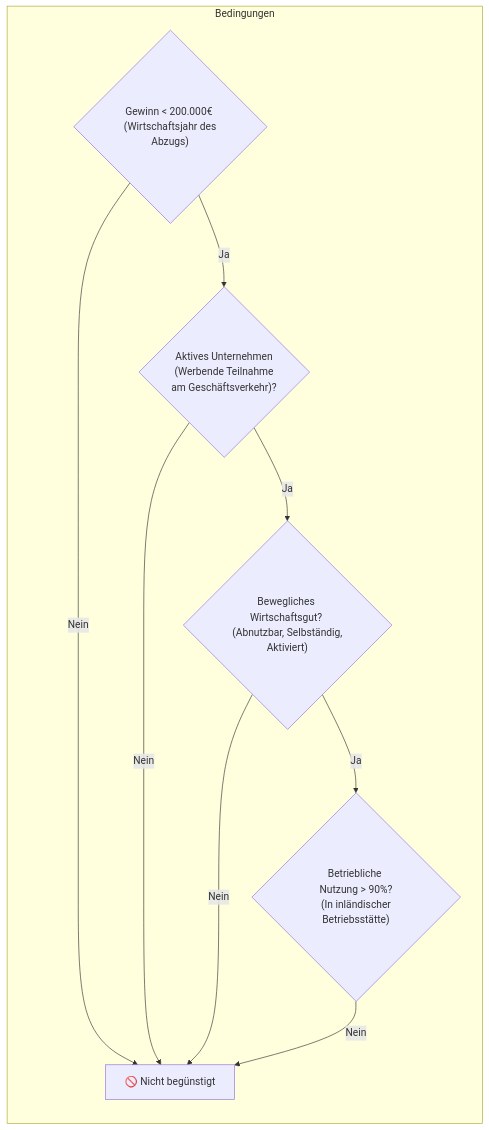
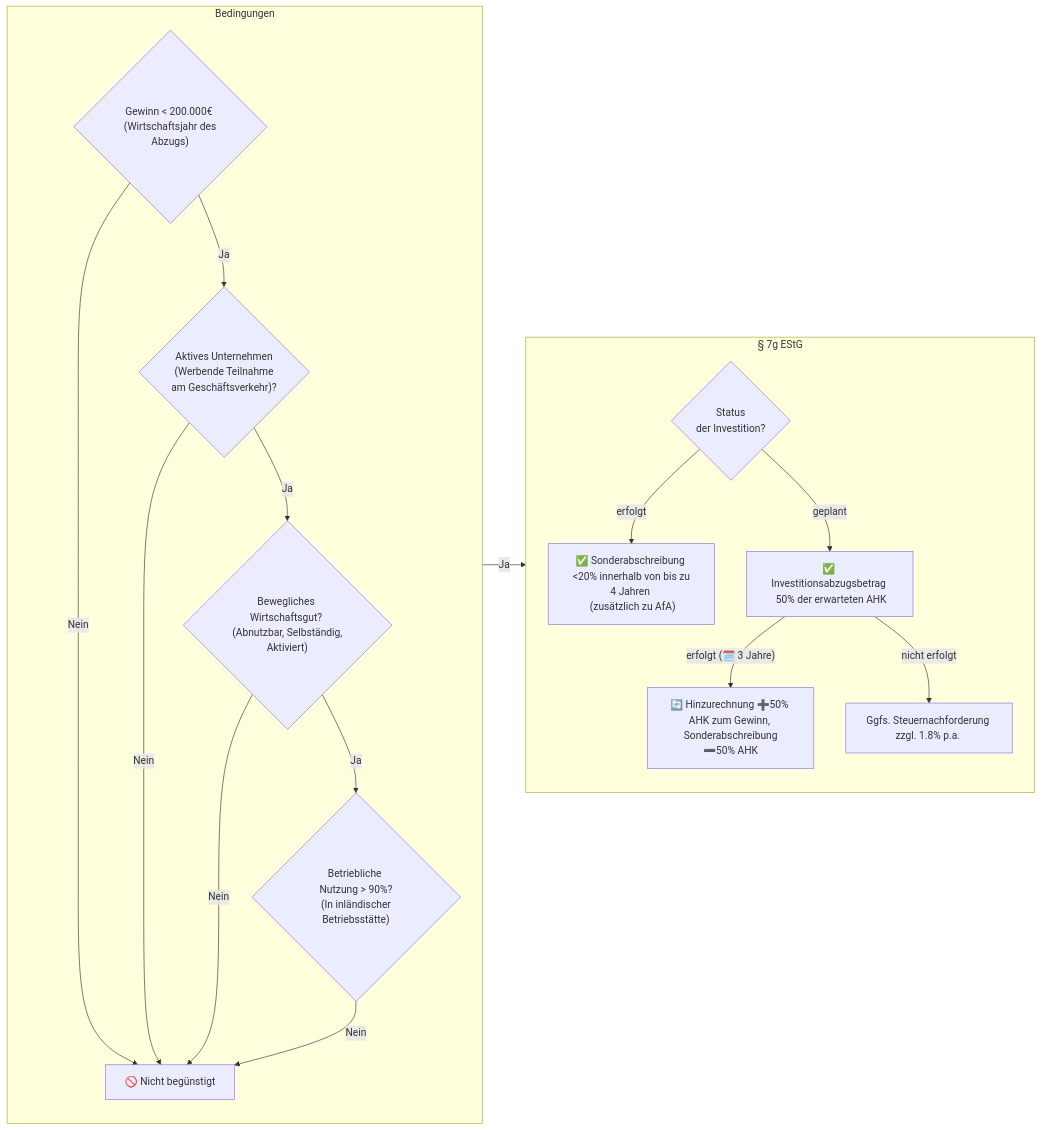
Before and after one commit to maxheld83/steuerFlow: the seventh of 7 diagrams in README.md, drawn with Mermaid.

````diff
--- a/README.md
+++ b/README.md
@@ -60,17 +60,30 @@
 ```mermaid
 graph LR;
   subgraph Bedingungen;
     direction TB;
     istKMU{"Gewinn < 200.000€ \n (Wirtschaftsjahr des Abzugs)"};
     istKMU -- Nein --> keineSA["🚫 Nicht begünstigt"];
     istKMU -- Ja --> istAktiv;
     istAktiv{"Aktives Unternehmen \n (Werbende Teilnahme \n am Geschäftsverkehr)?"};
     istAktiv -- Nein --> keineSA;
     istAktiv -- Ja --> istBeweg;
     istBeweg{"Bewegliches Wirtschaftsgut? \n (Abnutzbar, Selbständig, Aktiviert)"};
     istBeweg -- Nein --> keineSA;
     istBeweg -- Ja --> ist90;
     ist90{"Betriebliche \n Nutzung > 90%? \n (In inländischer Betriebsstätte)"};
     ist90 -- Nein --> keineSA;
   end;
+  subgraph EStG7g ["§ 7g EStG"];
+    direction TB;
+    ist90 -- Ja --> statusInv;
+    statusInv{"Status \n der Investition?"};
+    statusInv -- erfolgt --> 7gSonder;
+    7gSonder["✅ Sonderabschreibung \n <20% innerhalb von bis zu 4 Jahren \n (zusätzlich zu AfA)"];
+    statusInv -- geplant --> 7gInvAbzug;
+    7gInvAbzug["✅ Investitionsabzugsbetrag \n 50% der erwarteten AHK "];
+    7gInvAbzug -- erfolgt (🗓️ 3 Jahre) --> 7gInvAbzugErfolg;
+    7gInvAbzugErfolg["🔄 Hinzurechnung ➕50% AHK zum Gewinn, \n Sonderabschreibung ➖50% AHK"];
+    7gInvAbzugRueckz["Ggfs. Steuernachforderung zzgl. 1.8% p.a. \n "];
+    7gInvAbzug -- nicht erfolgt --> 7gInvAbzugRueckz;
+  end;
 ```
````
